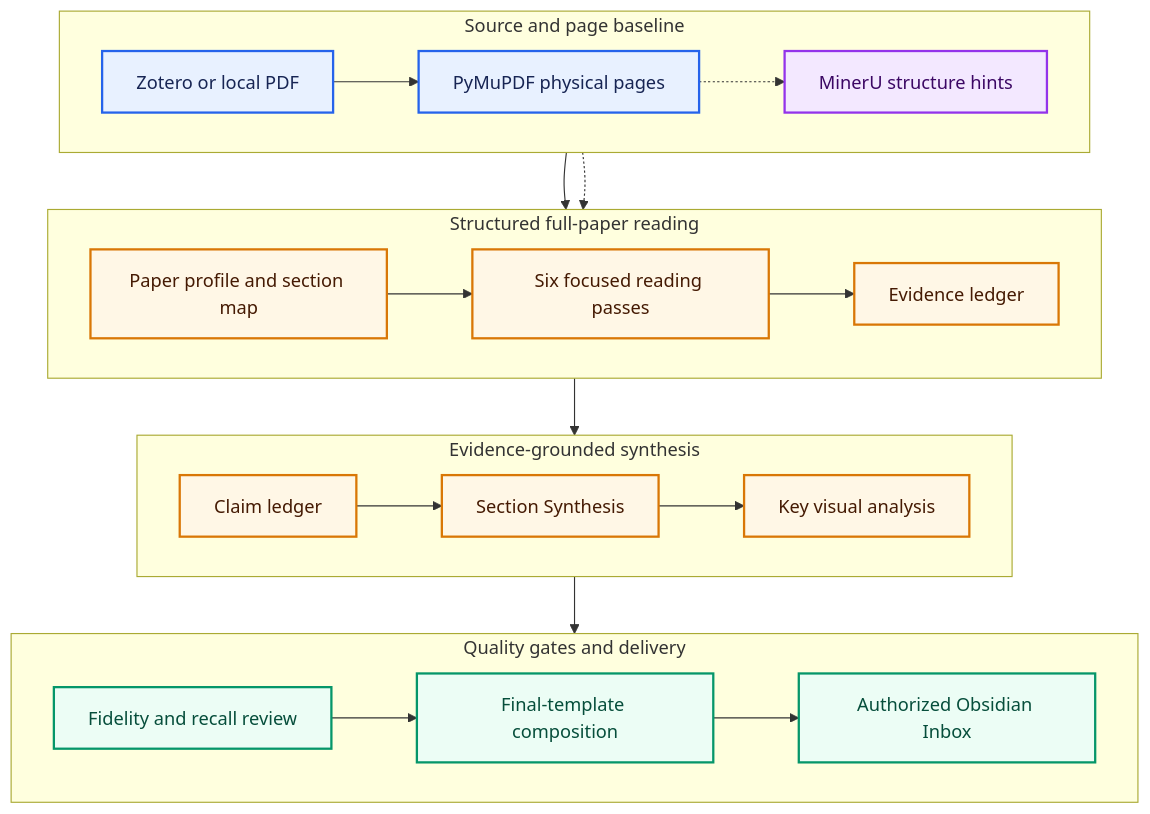
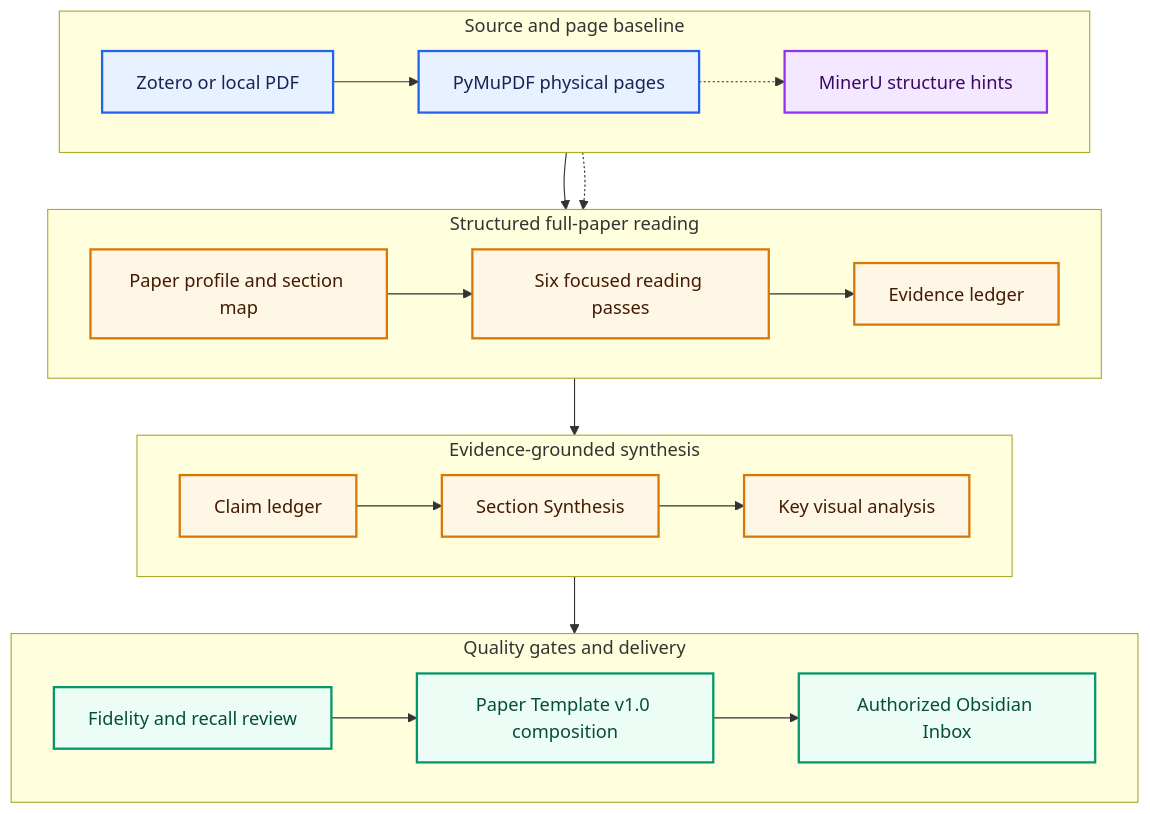
Before and after one commit to xieyf1024/Litanchor-paper-reading: the diagram in README_EN.md, drawn with Mermaid. The commit also changed other lines of this file and 49 other files, not shown here.

````diff
--- a/README_EN.md
+++ b/README_EN.md
@@ -43,37 +53,37 @@
 ```mermaid
 flowchart TB
     subgraph grounding["Source and page baseline"]
         direction LR
         source["Zotero or local PDF"] --> pages["PyMuPDF physical pages"]
         pages -.-> mineru["MinerU structure hints"]
     end
 
     subgraph reading["Structured full-paper reading"]
         direction LR
         profile["Paper profile and section map"] --> passes["Six focused reading passes"] --> evidence["Evidence ledger"]
     end
 
     subgraph synthesis["Evidence-grounded synthesis"]
         direction LR
         claims["Claim ledger"] --> sections["Section Synthesis"] --> visuals["Key visual analysis"]
     end
 
     subgraph delivery["Quality gates and delivery"]
         direction LR
-        review["Fidelity and recall review"] --> compose["Final-template composition"] --> obsidian["Authorized Obsidian Inbox"]
+        review["Fidelity and recall review"] --> compose["Paper Template v1.0 composition"] --> obsidian["Authorized Obsidian Inbox"]
     end
 
     pages --> profile
     mineru -.-> profile
     evidence --> claims
     visuals --> review
 
     classDef sourceLayer fill:#E8F1FF,stroke:#2563EB,stroke-width:2px,color:#172554
     classDef assistLayer fill:#F3E8FF,stroke:#9333EA,stroke-width:2px,color:#3B0764
     classDef knowledgeLayer fill:#FFF7E6,stroke:#D97706,stroke-width:2px,color:#451A03
     classDef qualityLayer fill:#ECFDF5,stroke:#059669,stroke-width:2px,color:#064E3B
     class source,pages sourceLayer
     class mineru assistLayer
     class profile,passes,evidence,claims,sections,visuals knowledgeLayer
     class review,compose,obsidian qualityLayer
 ```
````
